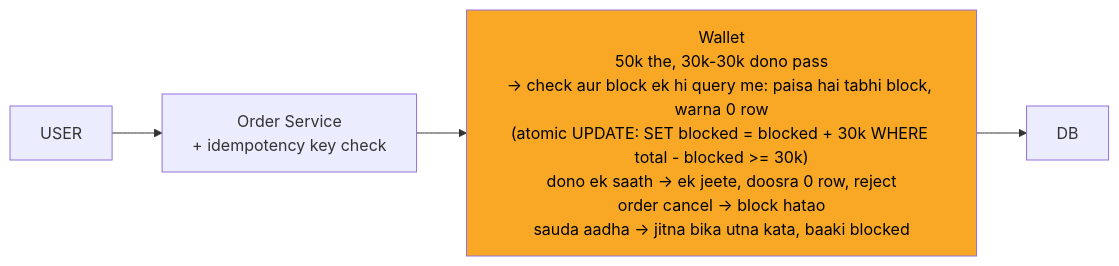
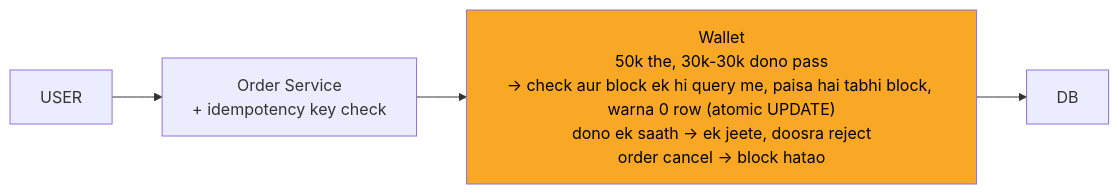
The diagram in 04_HLD/SYSTEM_DESIGNS/05_stock_broker_trading/img/c2.mmd (ArpanMaheshwari144/Prep), drawn with Mermaid before and after one commit. The commit also changed 39 other files, not shown here.

```diff
--- a/04_HLD/SYSTEM_DESIGNS/05_stock_broker_trading/img/c2.mmd
+++ b/04_HLD/SYSTEM_DESIGNS/05_stock_broker_trading/img/c2.mmd
@@ -1,10 +1,10 @@
 %%{init: {"flowchart": {"wrappingWidth": 450}}}%%
 flowchart LR
     n_USER["USER"]
     n_Order_Service["Order Service<br/>+ idempotency key check"]
-    n_Wallet["Wallet<br/>50k the, 30k-30k dono pass<br/>-> check aur block ek hi query me: paisa hai tabhi block, warna 0 row<br/>(atomic UPDATE: SET blocked = blocked + 30k WHERE total - blocked >= 30k)<br/>dono ek saath -> ek jeete, doosra 0 row, reject<br/>order cancel -> block hatao<br/>sauda aadha -> jitna bika utna kata, baaki blocked"]
+    n_Wallet["Wallet<br/>50k the, 30k-30k dono pass<br/>-> check aur block ek hi query me, paisa hai tabhi block, warna 0 row (atomic UPDATE)<br/>dono ek saath -> ek jeete, doosra reject<br/>order cancel -> block hatao"]
     n_DB["DB"]
     n_USER --> n_Order_Service
     n_Order_Service --> n_Wallet
     n_Wallet --> n_DB
     style n_Wallet fill:#f9a825,color:#000
```
